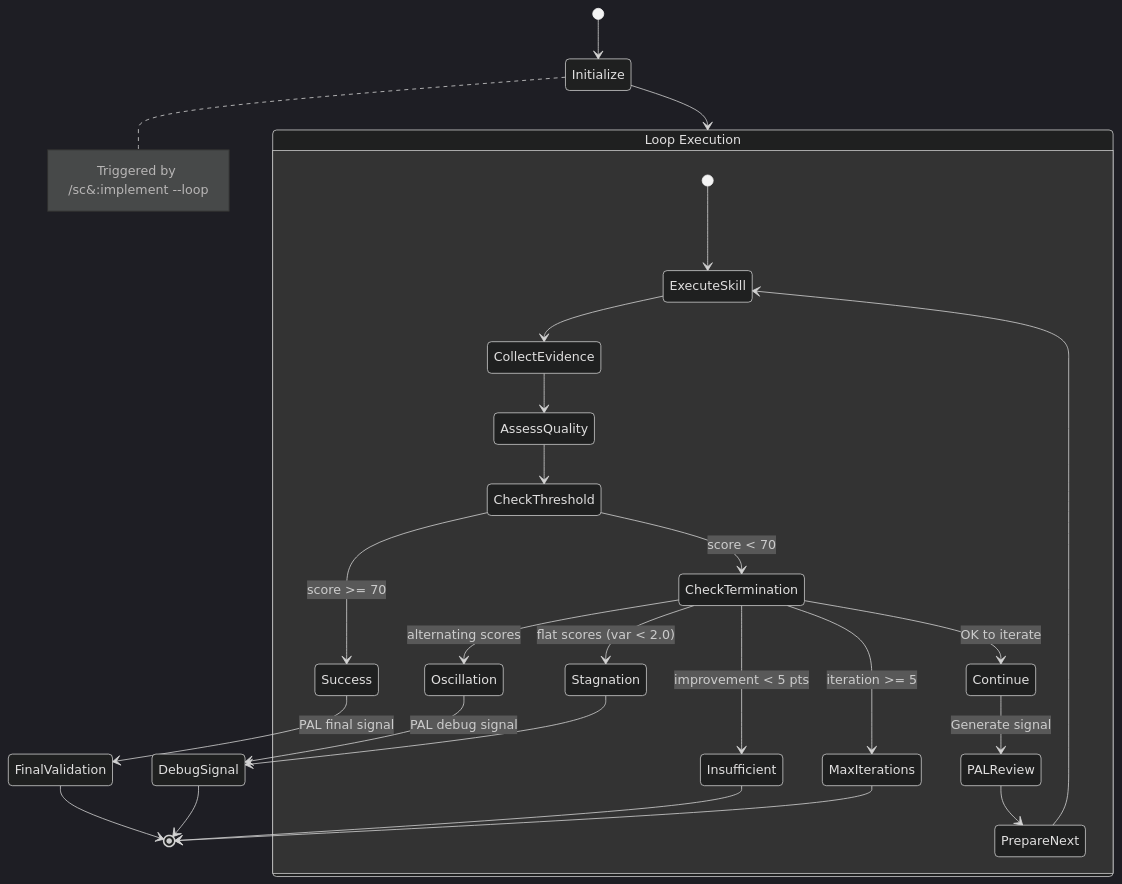
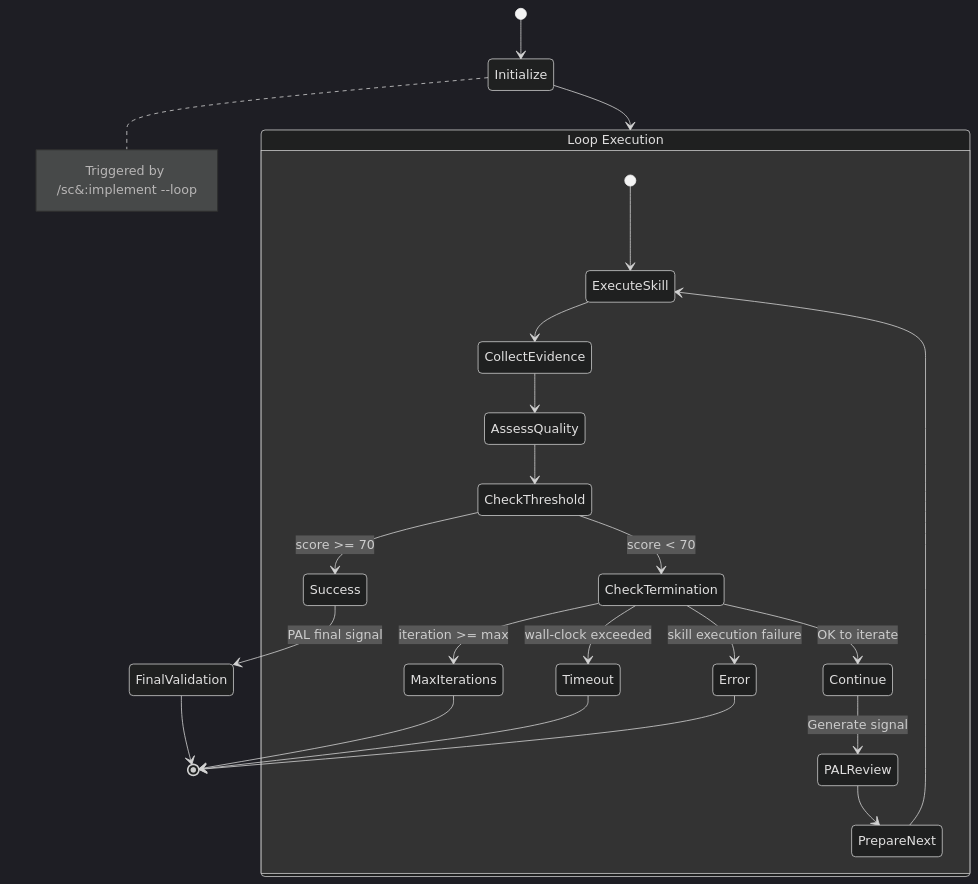
The second of 9 diagrams in README.md (Tony363/SuperClaude), drawn with Mermaid (dark theme) before and after one commit. The commit also changed other lines of this file and 43 other files, not shown here.

````diff
--- a/README.md
+++ b/README.md
@@ -216,40 +216,37 @@
 ```mermaid
 stateDiagram-v2
     [*] --> Initialize
 
     state "Loop Execution" as Loop {
         [*] --> ExecuteSkill
         ExecuteSkill --> CollectEvidence
         CollectEvidence --> AssessQuality
         AssessQuality --> CheckThreshold
 
         state CheckThreshold <<choice>>
         CheckThreshold --> Success: score >= 70
         CheckThreshold --> CheckTermination: score < 70
 
         state CheckTermination <<choice>>
-        CheckTermination --> Oscillation: alternating scores
-        CheckTermination --> Stagnation: flat scores (var < 2.0)
-        CheckTermination --> Insufficient: improvement < 5 pts
-        CheckTermination --> MaxIterations: iteration >= 5
+        CheckTermination --> MaxIterations: iteration >= max
+        CheckTermination --> Timeout: wall-clock exceeded
+        CheckTermination --> Error: skill execution failure
         CheckTermination --> Continue: OK to iterate
 
         Continue --> PALReview: Generate signal
         PALReview --> PrepareNext
         PrepareNext --> ExecuteSkill
     }
 
     Initialize --> Loop
 
     Success --> FinalValidation: PAL final signal
-    Oscillation --> DebugSignal: PAL debug signal
-    Stagnation --> DebugSignal
-    Insufficient --> [*]
     MaxIterations --> [*]
+    Timeout --> [*]
+    Error --> [*]
     FinalValidation --> [*]
-    DebugSignal --> [*]
 
     note right of Initialize
         Triggered by /sc&#58;implement --loop
     end note
 ```
````
